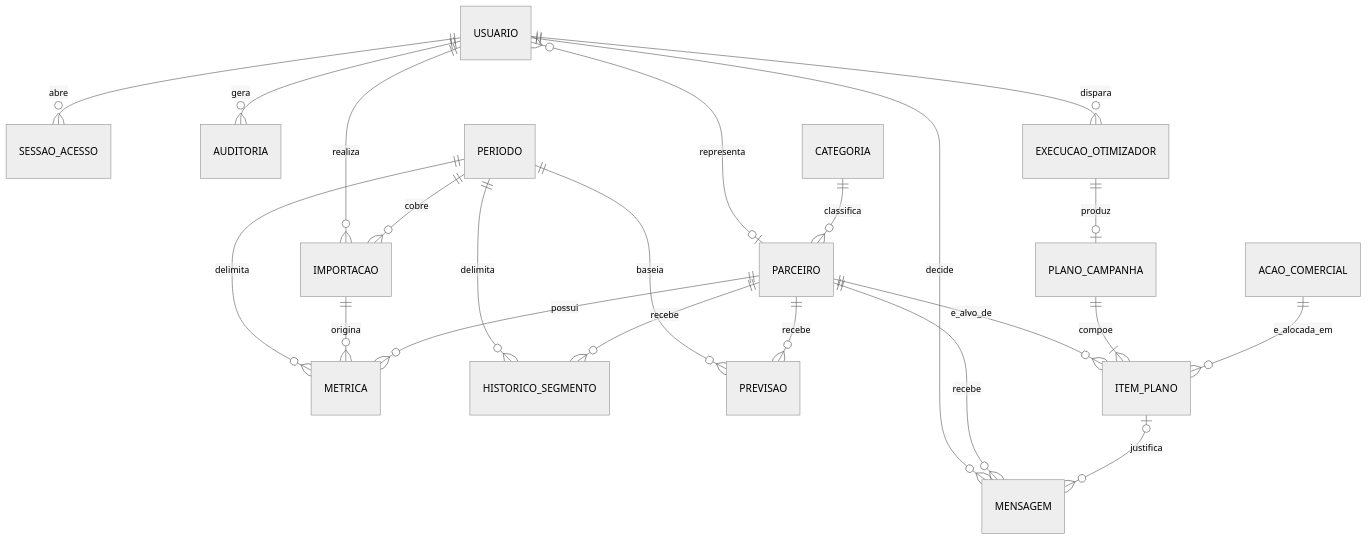
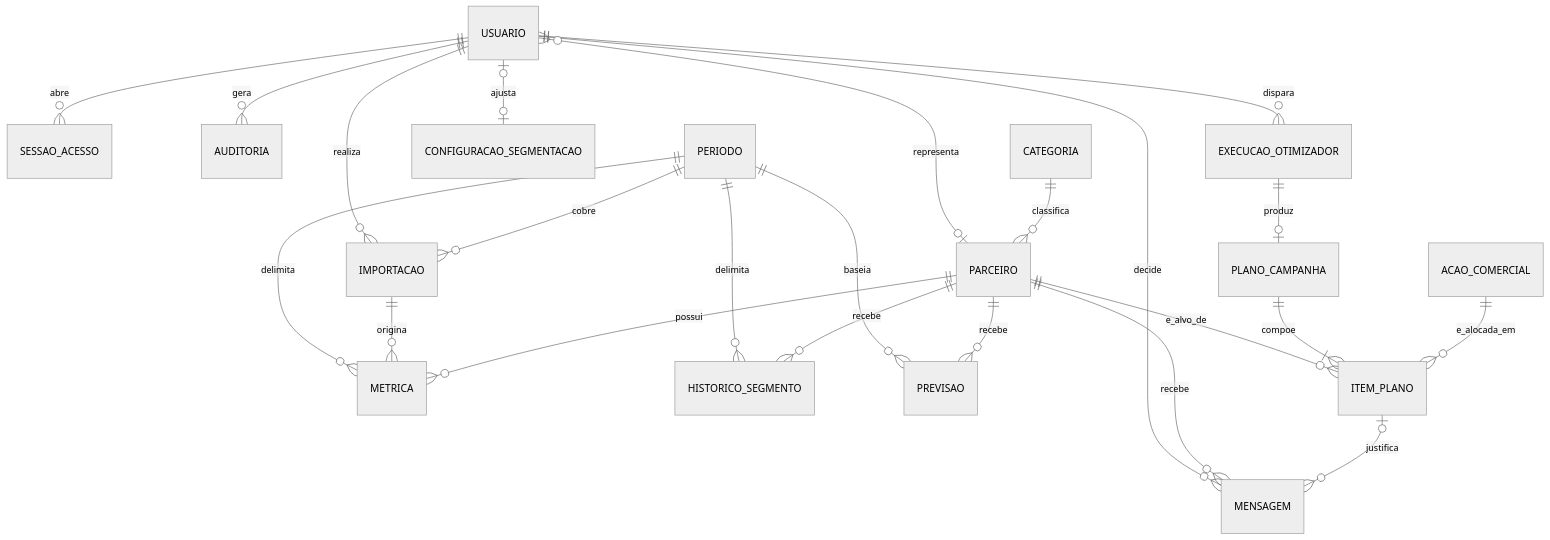
The diagram in docs/08-modelo-de-dados.md (PedroMiranda243/gih-fabrica-de-software), drawn with Mermaid (neutral theme) before and after one commit. The commit also changed other lines of this file and 5 other files, not shown here.

````diff
--- a/docs/08-modelo-de-dados.md
+++ b/docs/08-modelo-de-dados.md
@@ -23,29 +23,30 @@
 ```mermaid
 erDiagram
     USUARIO ||--o{ SESSAO_ACESSO : abre
     USUARIO ||--o{ AUDITORIA : gera
     USUARIO ||--o{ IMPORTACAO : realiza
     USUARIO ||--o{ EXECUCAO_OTIMIZADOR : dispara
     USUARIO ||--o{ MENSAGEM : decide
     USUARIO }o--o| PARCEIRO : representa
+    USUARIO |o--o| CONFIGURACAO_SEGMENTACAO : ajusta
 
     CATEGORIA ||--o{ PARCEIRO : classifica
 
     PERIODO ||--o{ IMPORTACAO : cobre
     PERIODO ||--o{ METRICA : delimita
     PERIODO ||--o{ HISTORICO_SEGMENTO : delimita
     PERIODO ||--o{ PREVISAO : baseia
 
     IMPORTACAO ||--o{ METRICA : origina
 
     PARCEIRO ||--o{ METRICA : possui
     PARCEIRO ||--o{ HISTORICO_SEGMENTO : recebe
     PARCEIRO ||--o{ PREVISAO : recebe
     PARCEIRO ||--o{ ITEM_PLANO : e_alvo_de
     PARCEIRO ||--o{ MENSAGEM : recebe
 
     EXECUCAO_OTIMIZADOR ||--o| PLANO_CAMPANHA : produz
     PLANO_CAMPANHA ||--|{ ITEM_PLANO : compoe
     ACAO_COMERCIAL ||--o{ ITEM_PLANO : e_alocada_em
     ITEM_PLANO |o--o{ MENSAGEM : justifica
 ```
````
